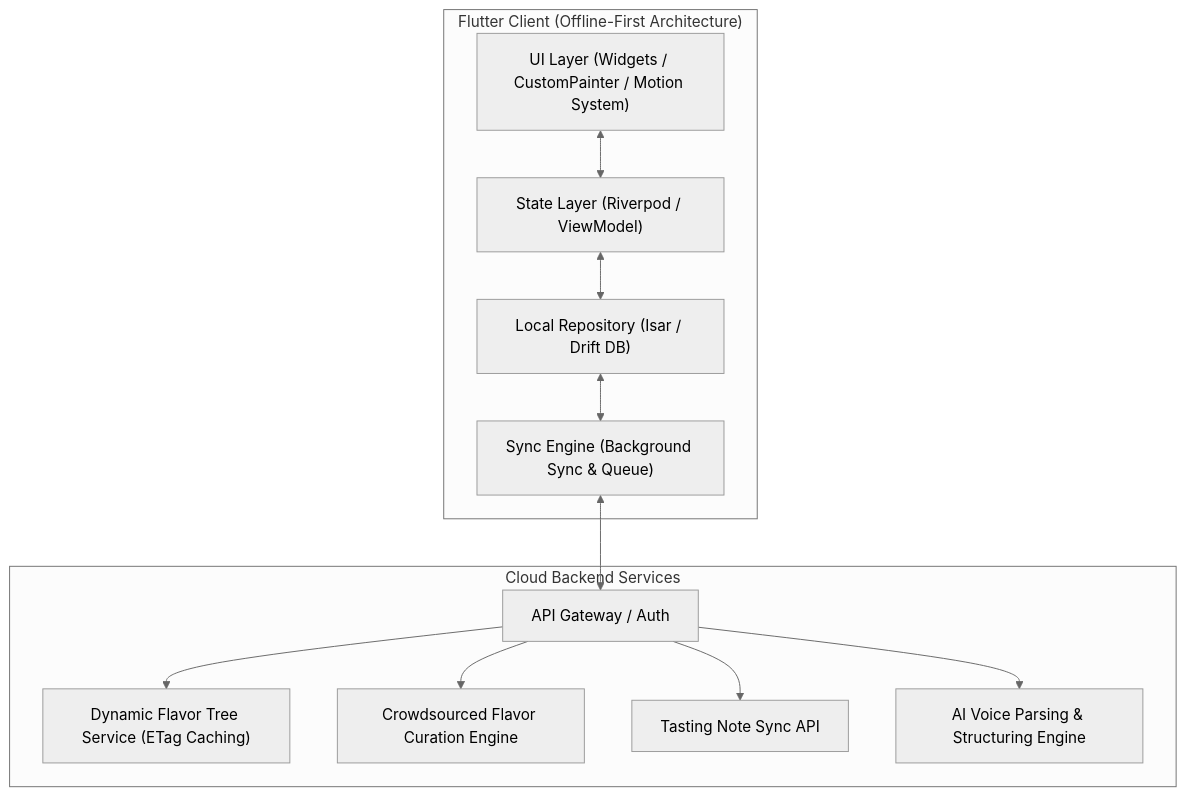
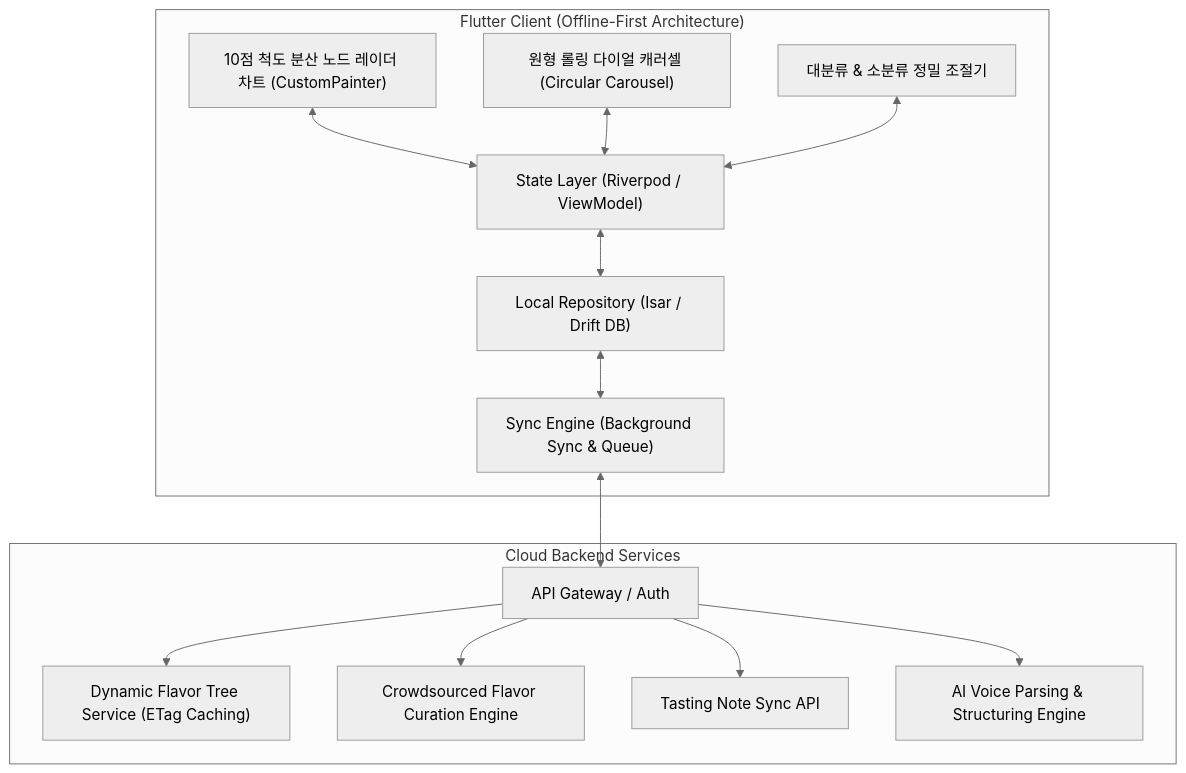
The fourth of 5 diagrams in README.md (chanhooop/FlavorWheel), drawn with Mermaid (neutral theme) before and after one commit. The commit also changed other lines of this file and 1 other file, not shown here.

Commit message:
feat: 10점 척도 섹터 내 소분류 분산 노드 차트, 원형 롤링 다이얼 캐러셀, 대/소분류 양방향 커스텀 생성 구현

````diff
--- a/README.md
+++ b/README.md
@@ -123,27 +146,32 @@
 ```mermaid
 graph TB
     subgraph Client ["Flutter Client (Offline-First Architecture)"]
-        UI["UI Layer (Widgets / CustomPainter / Motion System)"]
+        UI_Chart["10점 척도 분산 노드 레이더 차트 (CustomPainter)"]
+        UI_Dial["원형 롤링 다이얼 캐러셀 (Circular Carousel)"]
+        UI_LeafPanel["대분류 & 소분류 정밀 조절기"]
+        
         State["State Layer (Riverpod / ViewModel)"]
         SyncEngine["Sync Engine (Background Sync & Queue)"]
         LocalRepository["Local Repository (Isar / Drift DB)"]
 
-        UI <--> State
+        UI_Chart <--> State
+        UI_Dial <--> State
+        UI_LeafPanel <--> State
         State <--> LocalRepository
         LocalRepository <--> SyncEngine
     end
 
     subgraph RemoteBackend ["Cloud Backend Services"]
         Gateway["API Gateway / Auth"]
         TreeService["Dynamic Flavor Tree Service (ETag Caching)"]
         CurationService["Crowdsourced Flavor Curation Engine"]
         NoteService["Tasting Note Sync API"]
         LLMWorker["AI Voice Parsing & Structuring Engine"]
     end
 
     SyncEngine <--> Gateway
     Gateway --> TreeService
     Gateway --> CurationService
     Gateway --> NoteService
     Gateway --> LLMWorker
 ```
````
